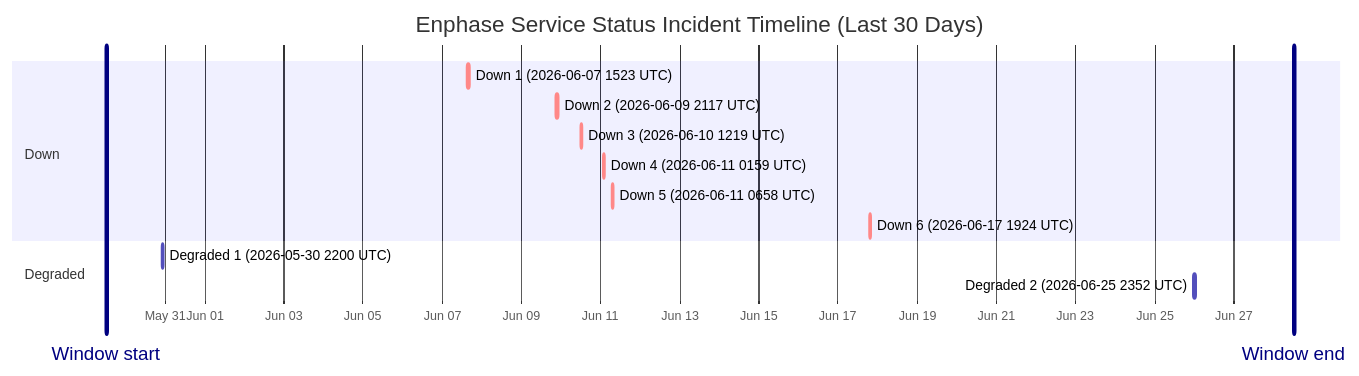
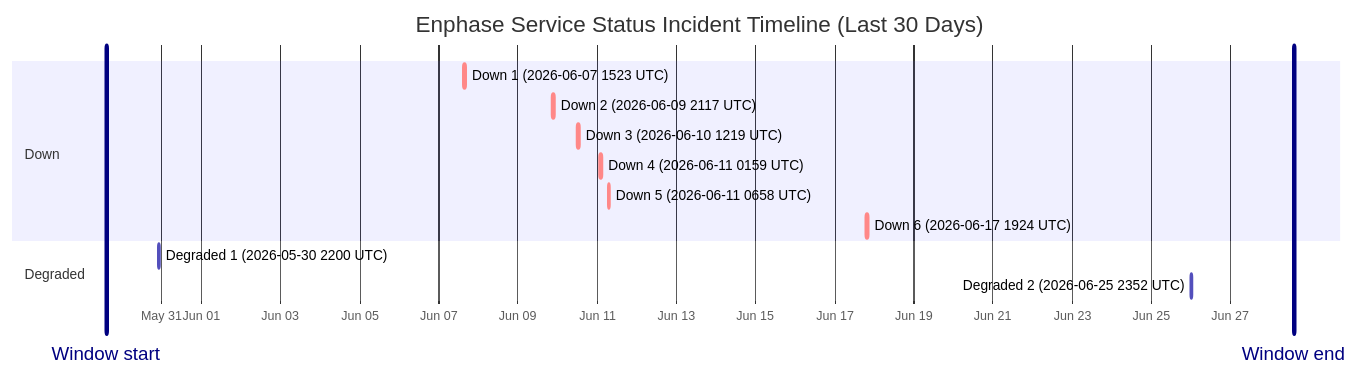
The diagram in wiki/Service-Status-History.md (barneyonline/ha-enphase-energy), drawn with Mermaid before and after one commit. The commit also changed other lines of this file and 3 other files, not shown here.

````diff
--- a/wiki/Service-Status-History.md
+++ b/wiki/Service-Status-History.md
@@ -14,18 +14,18 @@
 ```mermaid
 gantt
     title Enphase Service Status Incident Timeline (Last 30 Days)
     dateFormat  YYYY-MM-DDTHH:mm:ss
     axisFormat  %b %d
-    Window start :vert, window-start, 2026-05-29T12:15:27, 0ms
-    Window end :vert, window-end, 2026-06-28T12:15:27, 0ms
+    Window start :vert, window-start, 2026-05-29T14:22:13, 0ms
+    Window end :vert, window-end, 2026-06-28T14:22:13, 0ms
     section Down
     Down 1 (2026-06-07 1523 UTC) :crit, down-1, 2026-06-07T15:23:22, 87m
     Down 2 (2026-06-09 2117 UTC) :crit, down-2, 2026-06-09T21:17:17, 60m
     Down 3 (2026-06-10 1219 UTC) :crit, down-3, 2026-06-10T12:19:21, 60m
     Down 4 (2026-06-11 0159 UTC) :crit, down-4, 2026-06-11T01:59:36, 60m
     Down 5 (2026-06-11 0658 UTC) :crit, down-5, 2026-06-11T06:58:45, 60m
     Down 6 (2026-06-17 1924 UTC) :crit, down-6, 2026-06-17T19:24:51, 60m
     section Degraded
     Degraded 1 (2026-05-30 2200 UTC) :active, degraded-1, 2026-05-30T22:00:37, 60m
     Degraded 2 (2026-06-25 2352 UTC) :active, degraded-2, 2026-06-25T23:52:01, 60m
 ```
````
